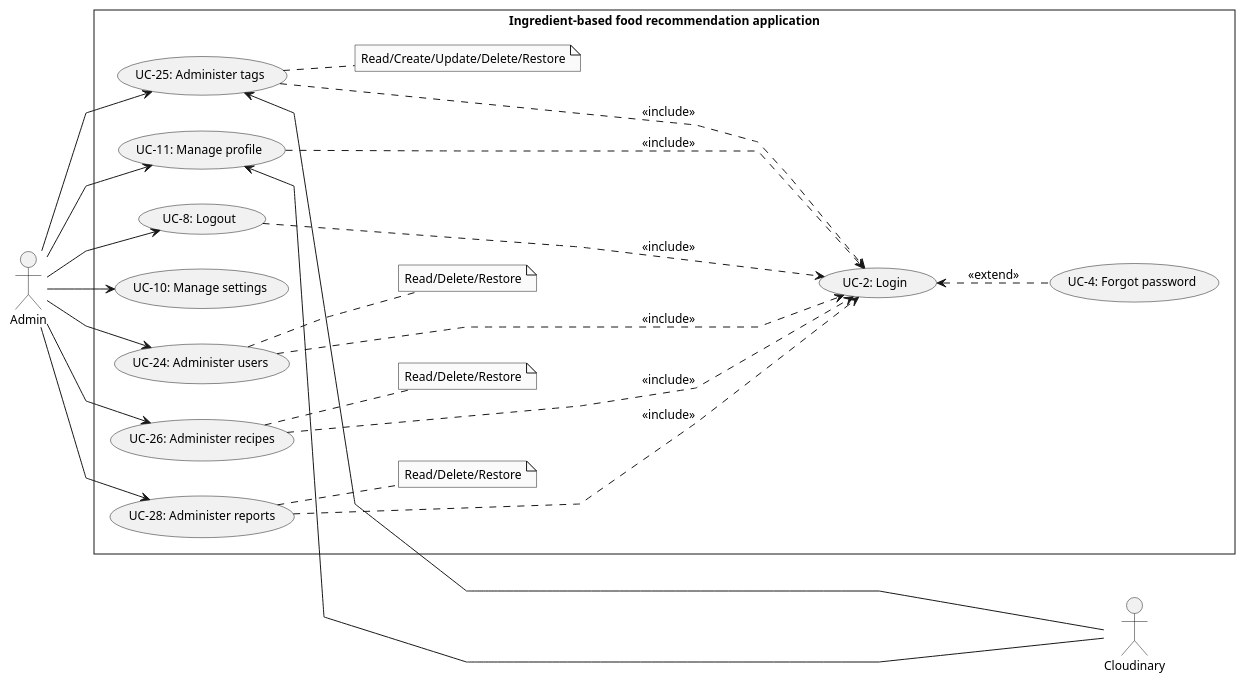
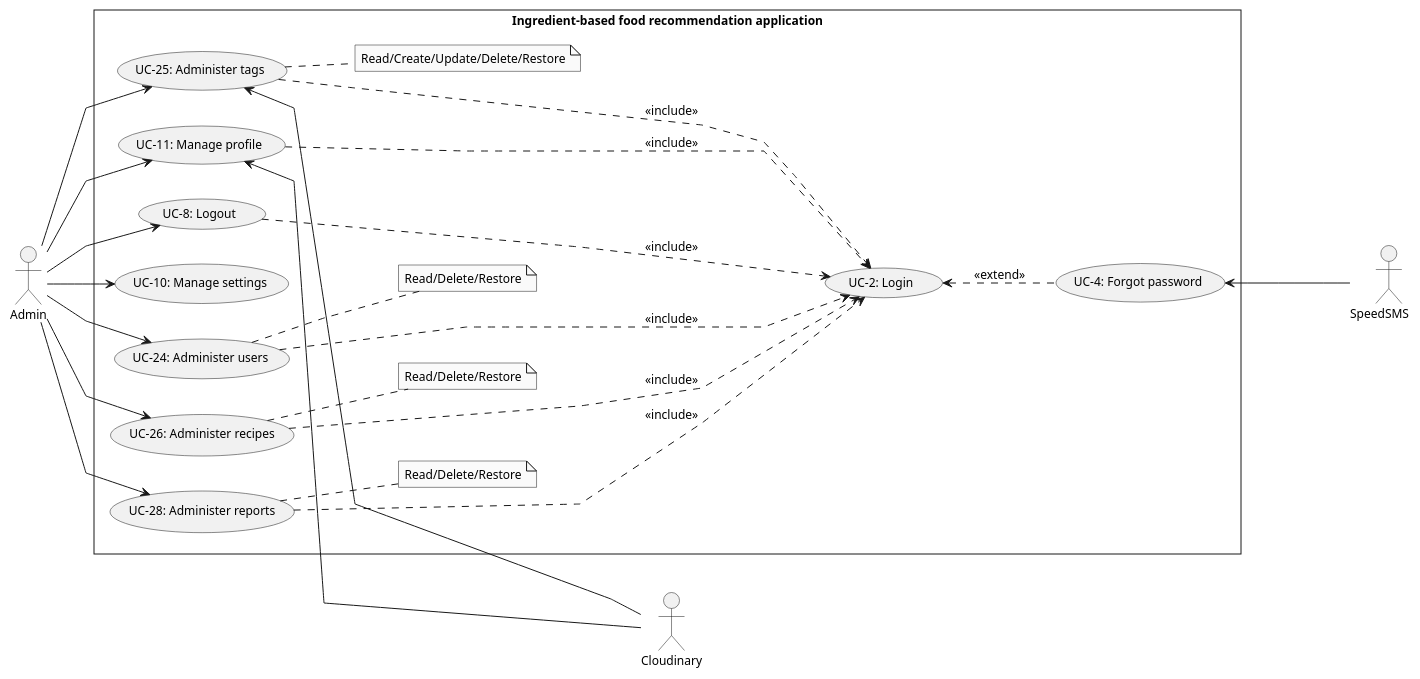
The diagram in doc/SRS/Usecase/AdminUsecase/AdminUsecase.plantuml (Carl-Johnsons/tastopia), drawn with PlantUML before and after one commit. The commit also changed 2 other files, not shown here.

```diff
--- a/doc/SRS/Usecase/AdminUsecase/AdminUsecase.plantuml
+++ b/doc/SRS/Usecase/AdminUsecase/AdminUsecase.plantuml
@@ -1,51 +1,54 @@
 @startuml AdminUsecase
 skinparam style strictuml
 skinparam monochrome true
 skinparam linetype polyline
 skinparam defaultFontSize 12
 left to right direction
 actor "Admin" as admin
 actor "Cloudinary" as cl
+actor "SpeedSMS      " as sms
 rectangle Ingredient-based<U+0020>food<U+0020>recommendation<U+0020>application {
     usecase "UC-2: Login" as ucLogin
     usecase "UC-4: Forgot password" as ucForgotPassword
     usecase "UC-8: Logout" as ucLogout
     usecase "UC-10: Manage settings" as ucManageSetting
     usecase "UC-11: Manage profile" as ucManageProfile
 
     usecase "UC-24: Administer users" as ucAdmUser
     usecase "UC-25: Administer tags" as ucAdmTags
     usecase "UC-26: Administer recipes" as ucAdmRecipe
     usecase "UC-28: Administer reports" as ucAdmReport
 
     note "Read/Delete/Restore" as noteAdmUser
     note "Read/Delete/Restore" as noteAdmRecipe
     note "Read/Create/Update/Delete/Restore" as noteAdmTag
     note "Read/Delete/Restore" as noteAdmReport
 
     admin --> ucAdmUser
         ucAdmUser .. noteAdmUser
     admin --> ucAdmRecipe
         ucAdmRecipe .. noteAdmRecipe
     admin --> ucAdmReport
         ucAdmReport .. noteAdmReport
     admin --> ucAdmTags
         ucAdmTags .. noteAdmTag
     admin --> ucManageProfile
     admin --> ucManageSetting
     admin --> ucLogout
 
     ucLogout .....> ucLogin : <<include>>
     ucAdmUser .....> ucLogin : <<include>>
     ucAdmRecipe .....> ucLogin : <<include>>
     ucAdmTags .....> ucLogin : <<include>>
     ucManageProfile .....> ucLogin : <<include>>
     ucAdmReport .....> ucLogin : <<include>>
 
     ucLogin <.. ucForgotPassword : <<extend>>
 
-    cl --up----> ucManageProfile
-    cl --up----> ucAdmTags
+    cl --up-> ucManageProfile
+    cl --up-> ucAdmTags
+    sms --up-> ucForgotPassword
+    
 }
 
 @enduml
```
